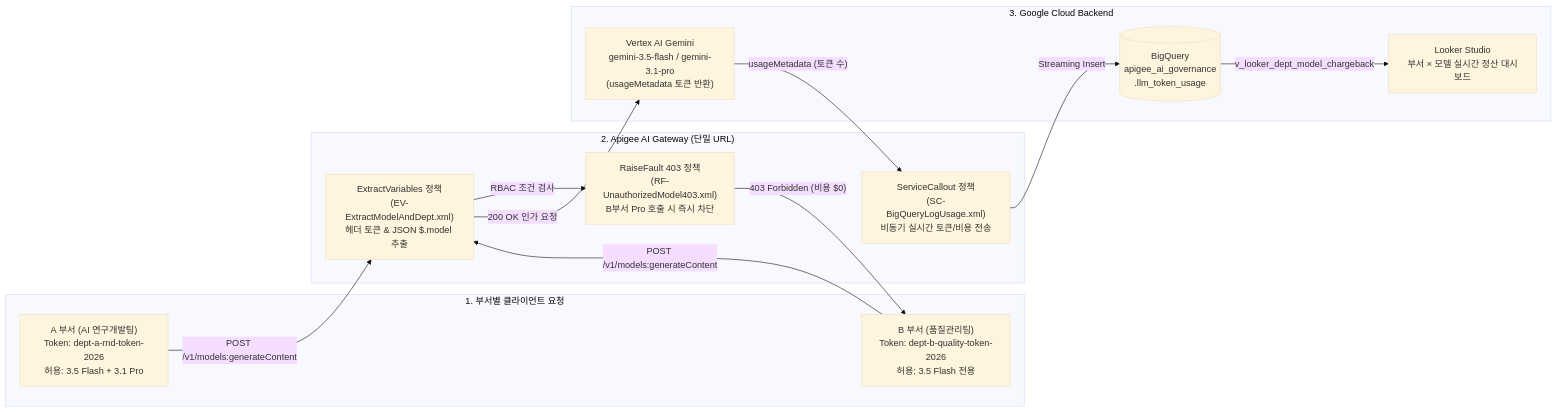
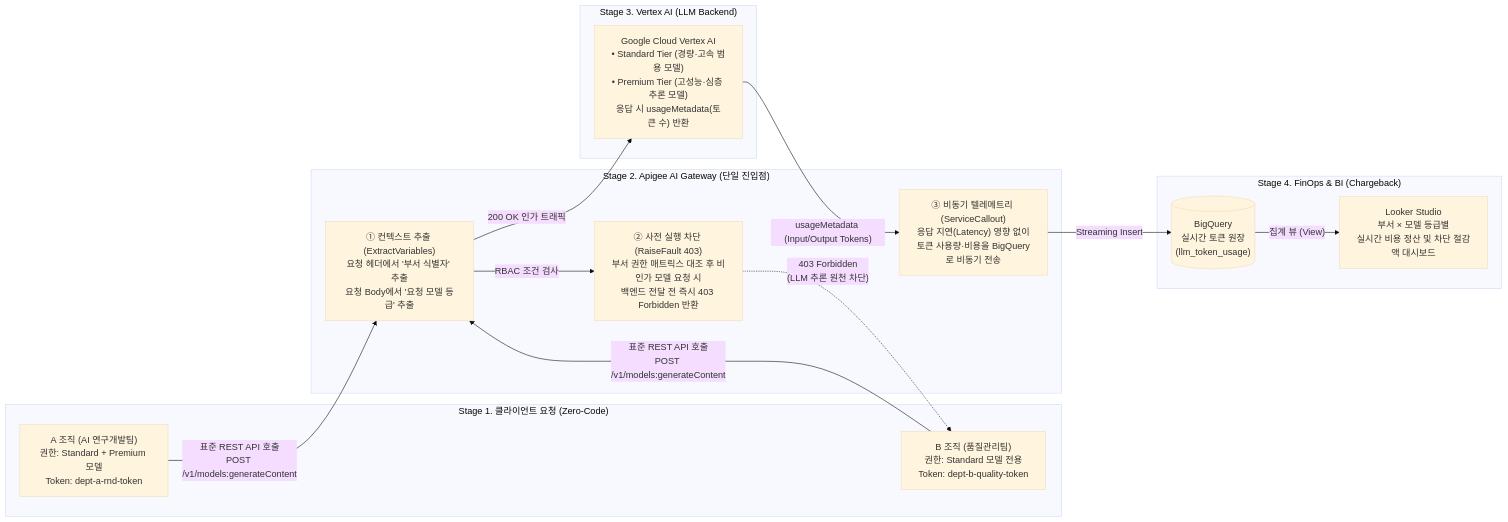
Before and after one commit to ldu1225/apigee-gemini-ai-governance: the second of 2 diagrams in README.md, drawn with Mermaid (base theme). The commit also changed other lines of this file, not shown here.

Commit message:
docs: reframe README around Enterprise AI Gateway Governance & FinOps Chargeback concept

````diff
--- a/README.md
+++ b/README.md
@@ -21,27 +37,30 @@
 ```mermaid
 graph LR
-    subgraph Clients["1. 부서별 클라이언트 요청"]
-      A["A 부서 (AI 연구개발팀)\nToken: dept-a-rnd-token-2026\n허용: 3.5 Flash + 3.1 Pro"]
-      B["B 부서 (품질관리팀)\nToken: dept-b-quality-token-2026\n허용: 3.5 Flash 전용"]
+    subgraph Stage1["Stage 1. 클라이언트 요청 (Zero-Code)"]
+      A["A 조직 (AI 연구개발팀)\n권한: Standard + Premium 모델\nToken: dept-a-rnd-token"]
+      B["B 조직 (품질관리팀)\n권한: Standard 모델 전용\nToken: dept-b-quality-token"]
     end
 
-    subgraph Apigee["2. Apigee AI Gateway (단일 URL)"]
-      EV["ExtractVariables 정책\n(EV-ExtractModelAndDept.xml)\n헤더 토큰 & JSON $.model 추출"]
-      RF["RaiseFault 403 정책\n(RF-UnauthorizedModel403.xml)\nB부서 Pro 호출 시 즉시 차단"]
-      SC["ServiceCallout 정책\n(SC-BigQueryLogUsage.xml)\n비동기 실시간 토큰/비용 전송"]
+    subgraph Stage2["Stage 2. Apigee AI Gateway (단일 진입점)"]
+      EV["① 컨텍스트 추출 (ExtractVariables)\n요청 헤더에서 '부서 식별자' 추출\n요청 Body에서 '요청 모델 등급' 추출"]
+      RF["② 사전 실행 차단 (RaiseFault 403)\n부서 권한 매트릭스 대조 후 비인가 모델 요청 시\n백엔드 전달 전 즉시 403 Forbidden 반환"]
+      SC["③ 비동기 텔레메트리 (ServiceCallout)\n응답 지연(Latency) 영향 없이\n토큰 사용량·비용을 BigQuery로 비동기 전송"]
     end
 
-    subgraph Backend["3. Google Cloud Backend"]
-      Vertex["Vertex AI Gemini\ngemini-3.5-flash / gemini-3.1-pro\n(usageMetadata 토큰 반환)"]
-      BQ[("BigQuery\napigee_ai_governance\n.llm_token_usage")]
-      Looker["Looker Studio\n부서 × 모델 실시간 정산 대시보드"]
+    subgraph Stage3["Stage 3. Vertex AI (LLM Backend)"]
+      LLM["Google Cloud Vertex AI\n• Standard Tier (경량·고속 범용 모델)\n• Premium Tier (고성능·심층 추론 모델)\n응답 시 usageMetadata(토큰 수) 반환"]
     end
 
-    A & B -->|"POST /v1/models:generateContent"| EV
+    subgraph Stage4["Stage 4. FinOps & BI (Chargeback)"]
+      BQ[("BigQuery\n실시간 토큰 원장\n(llm_token_usage)")]
+      BI["Looker Studio\n부서 × 모델 등급별\n실시간 비용 정산 및 차단 절감액 대시보드"]
+    end
+
+    A & B -->|"표준 REST API 호출\nPOST /v1/models:generateContent"| EV
     EV -->|"RBAC 조건 검사"| RF
-    RF -->|"403 Forbidden (비용 $0)"| B
-    EV -->|"200 OK 인가 요청"| Vertex
-    Vertex -->|"usageMetadata (토큰 수)"| SC
+    RF -.->|"403 Forbidden\n(LLM 추론 원천 차단)"| B
+    EV -->|"200 OK 인가 트래픽"| LLM
+    LLM -->|"usageMetadata (Input/Output Tokens)"| SC
     SC -->|"Streaming Insert"| BQ
-    BQ -->|"v_looker_dept_model_chargeback"| Looker
+    BQ -->|"집계 뷰 (View)"| BI
 ```
````
